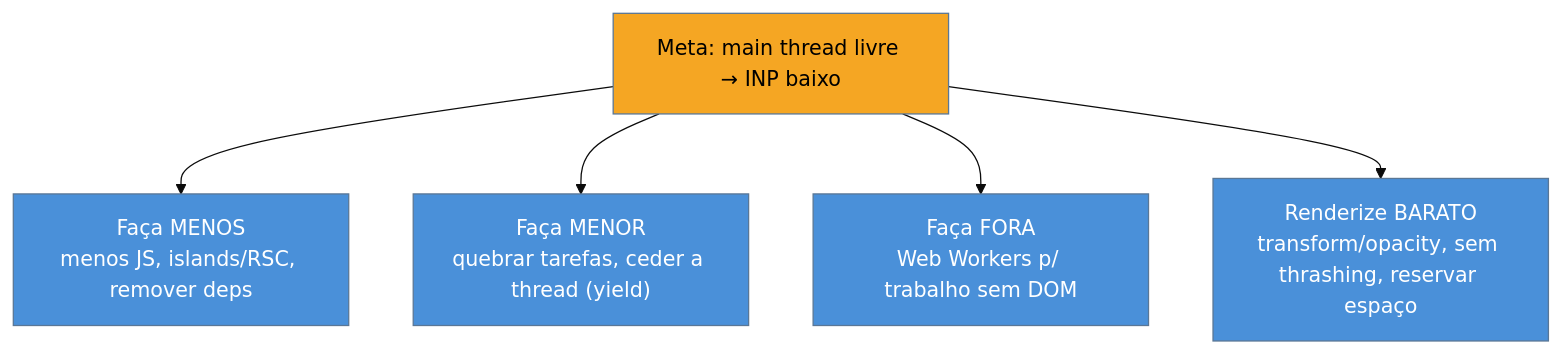
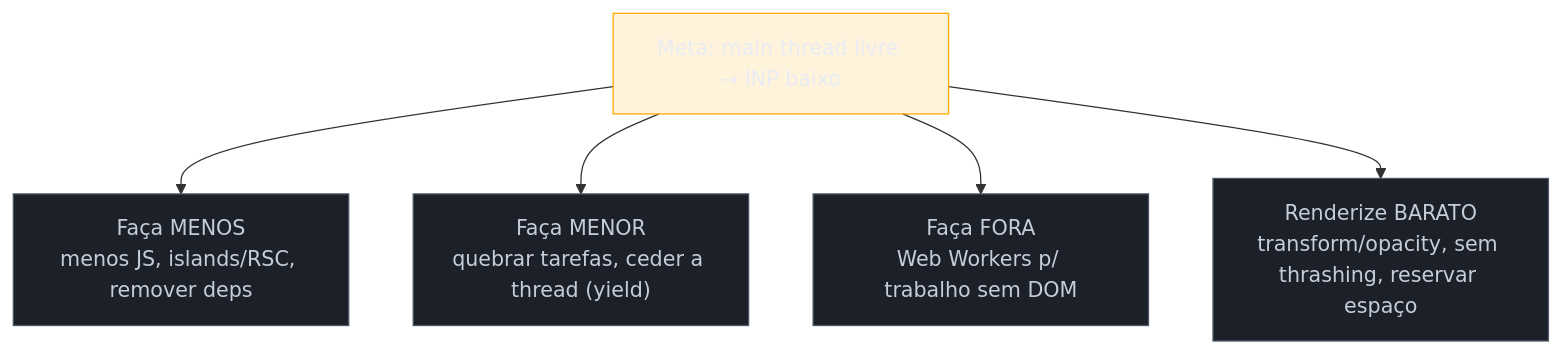
Before and after one commit to josenaldo/codex-technomanticus: the second of 2 diagrams in 03-Dominios/Tecnologia/Web Performance/Performance de Runtime e Rendering/08 - Offload, Web Workers e o custo da hidratação.md, drawn with Mermaid. The commit also changed other lines of this file and 1181 other files, not shown here.

First line of the commit message:
fix(diagramas): paleta do sistema no lugar de cor cravada no markdown

````diff
--- a/03-Dominios/Tecnologia/Web Performance/Performance de Runtime e Rendering/08 - Offload, Web Workers e o custo da hidratação.md
+++ b/03-Dominios/Tecnologia/Web Performance/Performance de Runtime e Rendering/08 - Offload, Web Workers e o custo da hidratação.md
@@ -84,13 +85,14 @@
 ```mermaid
-%%{init: {"theme": "base", "themeVariables": {"primaryColor": "#4A90D9"}}}%%
 graph TB
+    classDef destaque fill:#FFAA0024,stroke:#FFAA00,color:#E9ECF2
+    classDef neutro fill:#1B2029,stroke:#4E5666,color:#C6CCD8
     G["Meta: main thread livre → INP baixo"] --> A["Faça MENOS<br/>menos JS, islands/RSC, remover deps"]
     G --> B["Faça MENOR<br/>quebrar tarefas, ceder a thread (yield)"]
     G --> C["Faça FORA<br/>Web Workers p/ trabalho sem DOM"]
     G --> D["Renderize BARATO<br/>transform/opacity, sem thrashing, reservar espaço"]
-    style G fill:#F5A623,color:#000
-    style A fill:#4A90D9,color:#fff
-    style B fill:#4A90D9,color:#fff
-    style C fill:#4A90D9,color:#fff
-    style D fill:#4A90D9,color:#fff
+    class G destaque
+    class A neutro
+    class B neutro
+    class C neutro
+    class D neutro
 ```
````
